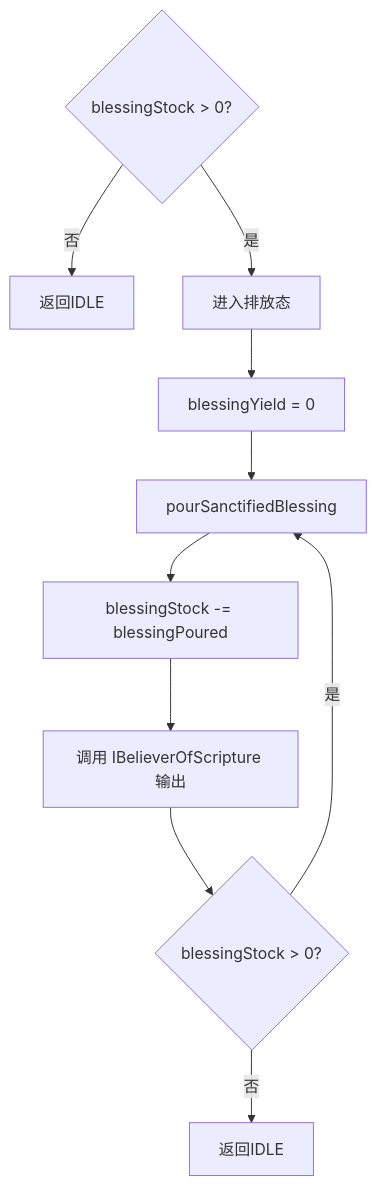
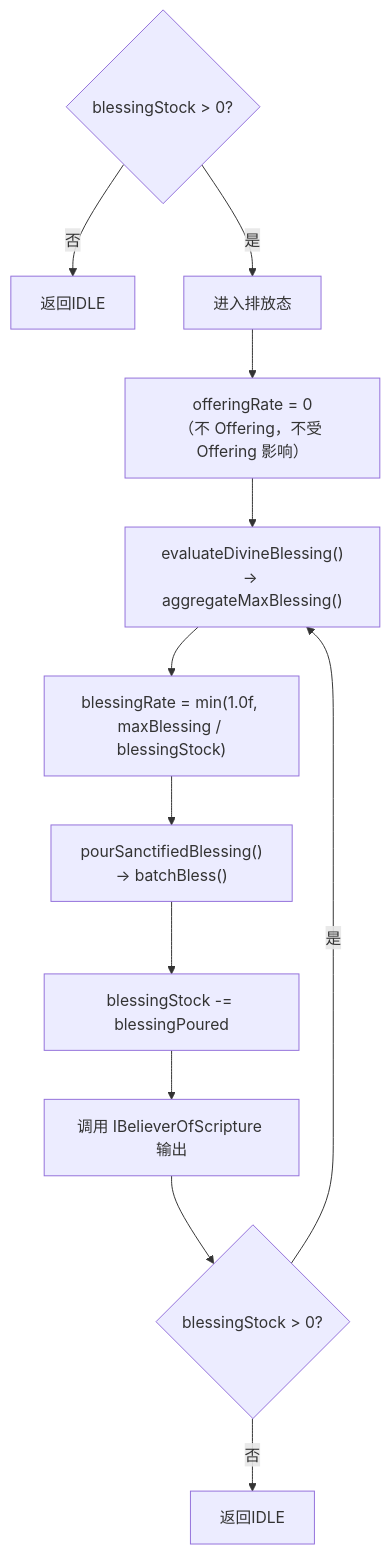
The sixth of 6 diagrams in docs/skills/goblinscripture-architecture.md (dalizi2333/GoblinTechMotiveCore), drawn with Mermaid before and after one commit. The commit also changed other lines of this file and 17 other files, not shown here.

````diff
--- a/docs/skills/goblinscripture-architecture.md
+++ b/docs/skills/goblinscripture-architecture.md
@@ -472,13 +542,15 @@
 ```mermaid
 flowchart TB
     E1{blessingStock > 0?} -->|否| E2[返回IDLE]
     E1 -->|是| E3[进入排放态]
-    
-    E3 --> E4[blessingYield = 0]
-    E4 --> E5[pourSanctifiedBlessing]
-    E5 --> E6[blessingStock -= blessingPoured]
-    E6 --> E7[调用 IBelieverOfScripture 输出]
-    E7 --> E8{blessingStock > 0?}
-    E8 -->|是| E5
-    E8 -->|否| E9[返回IDLE]
+
+    E3 --> E4["offeringRate = 0<br/>（不 Offering，不受 Offering 影响）"]
+    E4 --> E5["evaluateDivineBlessing()<br/>→ aggregateMaxBlessing()"]
+    E5 --> E6["blessingRate = min(1.0f, maxBlessing / blessingStock)"]
+    E6 --> E7["pourSanctifiedBlessing()<br/>→ batchBless()"]
+    E7 --> E8["blessingStock -= blessingPoured"]
+    E8 --> E9["调用 IBelieverOfScripture 输出"]
+    E9 --> E10{blessingStock > 0?}
+    E10 -->|是| E5
+    E10 -->|否| E11[返回IDLE]
 ```
````
